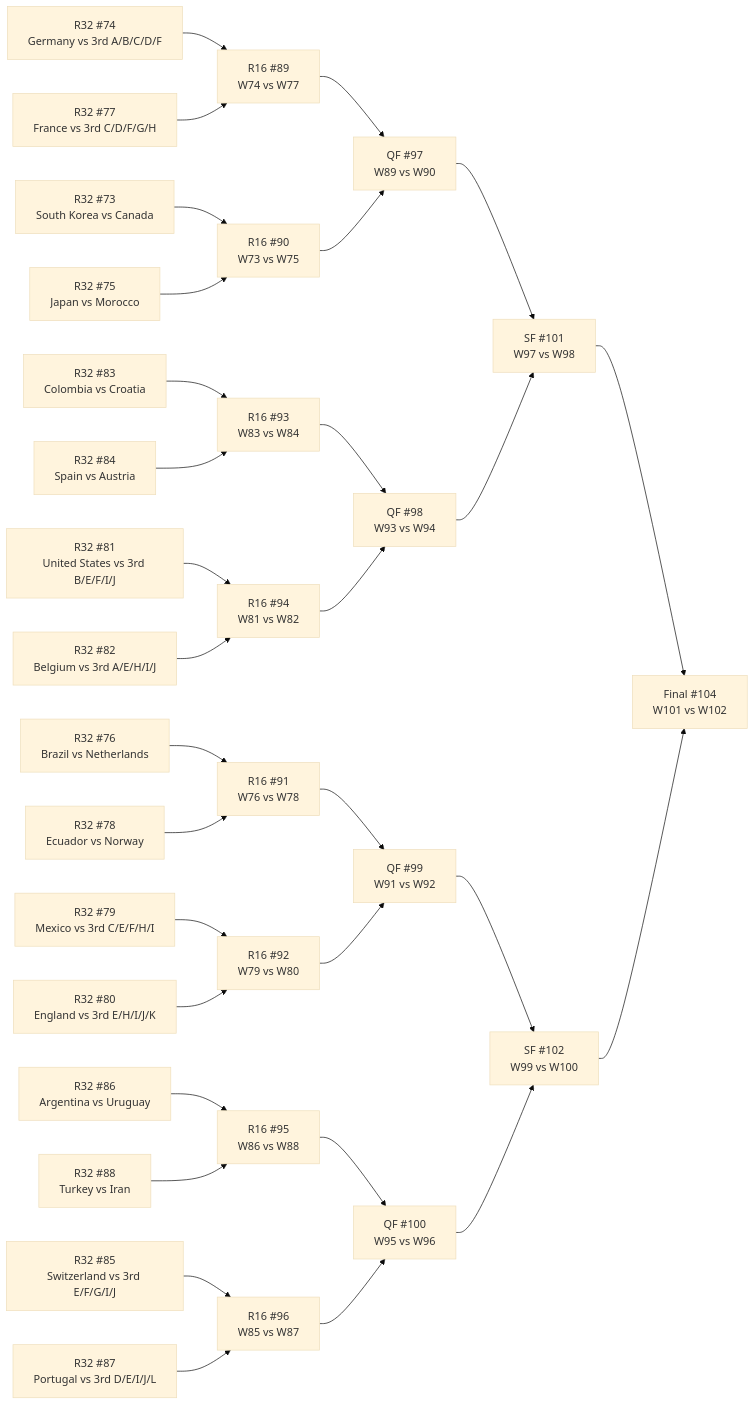
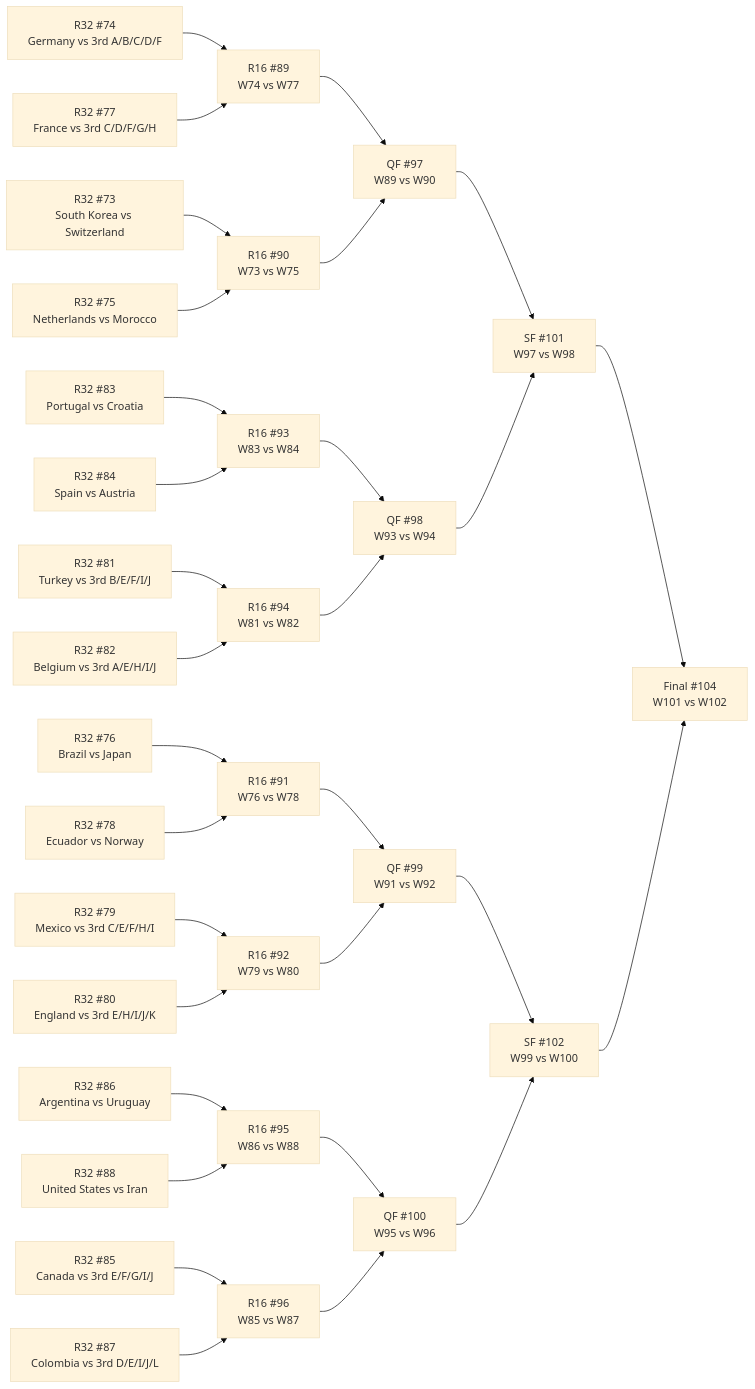
Before and after one commit to Tutai-Tran/WC-2026-predictor: the diagram in WC vault/_bracket.md, drawn with Mermaid (base theme). The commit also changed 227 other files, not shown here.

````diff
--- a/WC vault/_bracket.md
+++ b/WC vault/_bracket.md
@@ -11,64 +11,64 @@
 ```mermaid
 flowchart LR
-  M73["R32 #73<br>South Korea vs Canada"]
+  M73["R32 #73<br>South Korea vs Switzerland"]
   M74["R32 #74<br>Germany vs 3rd A/B/C/D/F"]
-  M75["R32 #75<br>Japan vs Morocco"]
-  M76["R32 #76<br>Brazil vs Netherlands"]
+  M75["R32 #75<br>Netherlands vs Morocco"]
+  M76["R32 #76<br>Brazil vs Japan"]
   M77["R32 #77<br>France vs 3rd C/D/F/G/H"]
   M78["R32 #78<br>Ecuador vs Norway"]
   M79["R32 #79<br>Mexico vs 3rd C/E/F/H/I"]
   M80["R32 #80<br>England vs 3rd E/H/I/J/K"]
-  M81["R32 #81<br>United States vs 3rd B/E/F/I/J"]
+  M81["R32 #81<br>Turkey vs 3rd B/E/F/I/J"]
   M82["R32 #82<br>Belgium vs 3rd A/E/H/I/J"]
-  M83["R32 #83<br>Colombia vs Croatia"]
+  M83["R32 #83<br>Portugal vs Croatia"]
   M84["R32 #84<br>Spain vs Austria"]
-  M85["R32 #85<br>Switzerland vs 3rd E/F/G/I/J"]
+  M85["R32 #85<br>Canada vs 3rd E/F/G/I/J"]
   M86["R32 #86<br>Argentina vs Uruguay"]
-  M87["R32 #87<br>Portugal vs 3rd D/E/I/J/L"]
-  M88["R32 #88<br>Turkey vs Iran"]
+  M87["R32 #87<br>Colombia vs 3rd D/E/I/J/L"]
+  M88["R32 #88<br>United States vs Iran"]
   M89["R16 #89<br>W74 vs W77"]
   M90["R16 #90<br>W73 vs W75"]
   M91["R16 #91<br>W76 vs W78"]
   M92["R16 #92<br>W79 vs W80"]
   M93["R16 #93<br>W83 vs W84"]
   M94["R16 #94<br>W81 vs W82"]
   M95["R16 #95<br>W86 vs W88"]
   M96["R16 #96<br>W85 vs W87"]
   M97["QF #97<br>W89 vs W90"]
   M98["QF #98<br>W93 vs W94"]
   M99["QF #99<br>W91 vs W92"]
   M100["QF #100<br>W95 vs W96"]
   M101["SF #101<br>W97 vs W98"]
   M102["SF #102<br>W99 vs W100"]
   M104["Final #104<br>W101 vs W102"]
   M74 --> M89
   M77 --> M89
   M73 --> M90
   M75 --> M90
   M76 --> M91
   M78 --> M91
   M79 --> M92
   M80 --> M92
   M83 --> M93
   M84 --> M93
   M81 --> M94
   M82 --> M94
   M86 --> M95
   M88 --> M95
   M85 --> M96
   M87 --> M96
   M89 --> M97
   M90 --> M97
   M93 --> M98
   M94 --> M98
   M91 --> M99
   M92 --> M99
   M95 --> M100
   M96 --> M100
   M97 --> M101
   M98 --> M101
   M99 --> M102
   M100 --> M102
   M101 --> M104
   M102 --> M104
 ```
````
